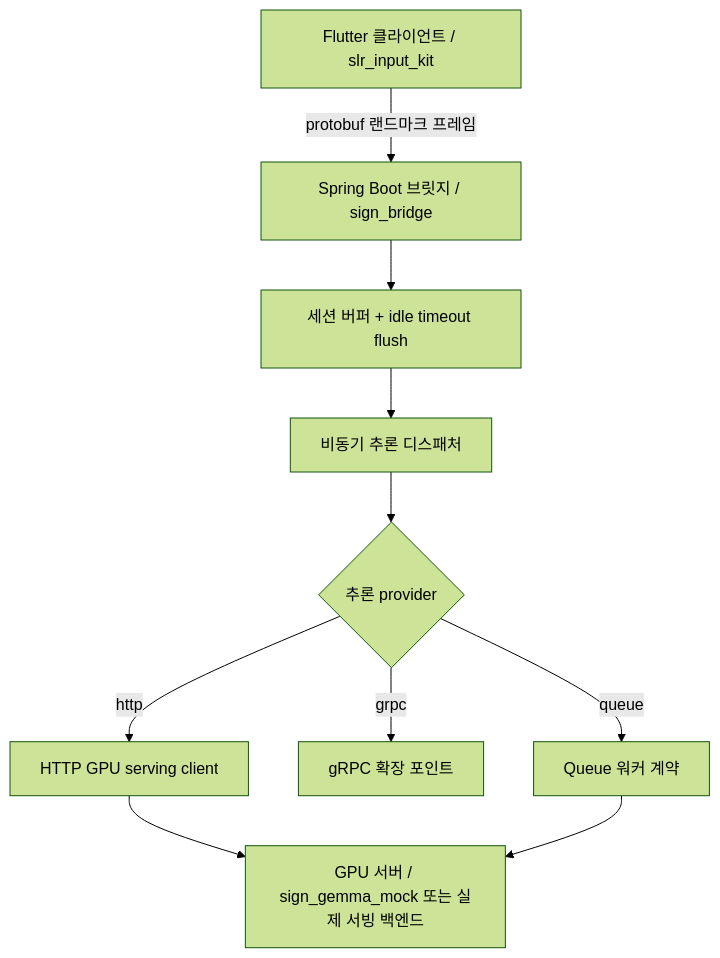
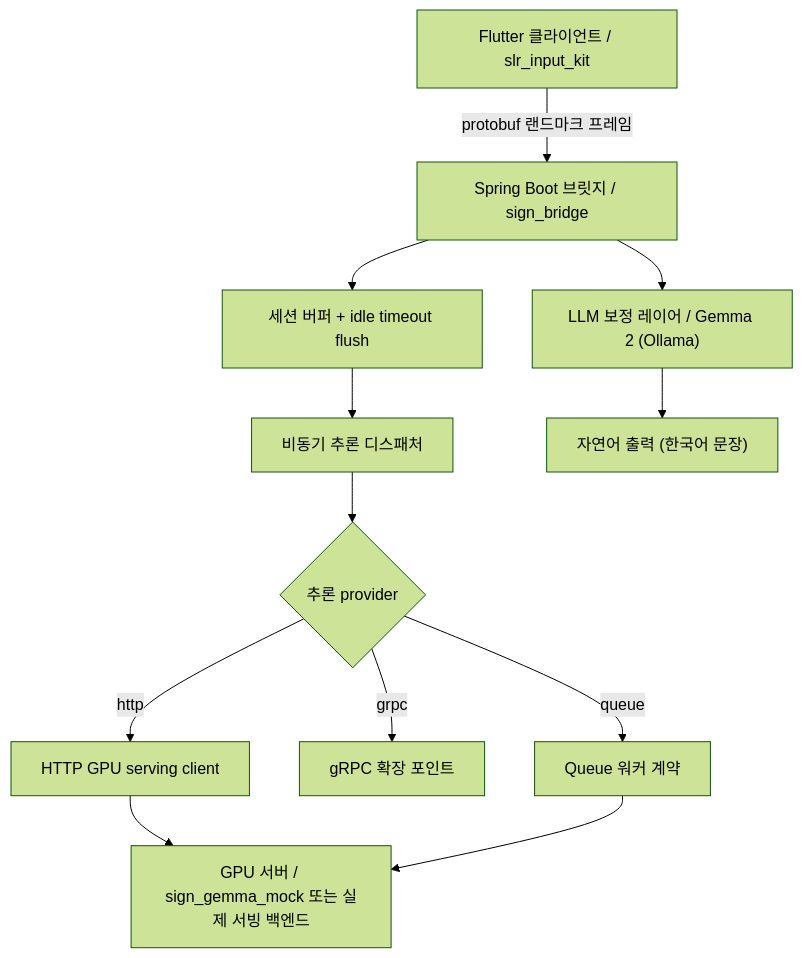
The diagram in README_ko.md (clevekim00/mj_sign), drawn with Mermaid (forest theme) before and after one commit. The commit also changed other lines of this file and 122 other files, not shown here.

````diff
--- a/README_ko.md
+++ b/README_ko.md
@@ -12,12 +12,14 @@
 ```mermaid
 graph TD
     A["Flutter 클라이언트 / slr_input_kit"] -->|"protobuf 랜드마크 프레임"| B["Spring Boot 브릿지 / sign_bridge"]
     B --> C["세션 버퍼 + idle timeout flush"]
     C --> D["비동기 추론 디스패처"]
     D --> E{"추론 provider"}
     E -->|"http"| F["HTTP GPU serving client"]
     E -->|"grpc"| G["gRPC 확장 포인트"]
     E -->|"queue"| H["Queue 워커 계약"]
     F --> I["GPU 서버 / sign_gemma_mock 또는 실제 서빙 백엔드"]
     H --> I
+    B --> J["LLM 보정 레이어 / Gemma 2 (Ollama)"]
+    J --> K["자연어 출력 (한국어 문장)"]
 ```
````
